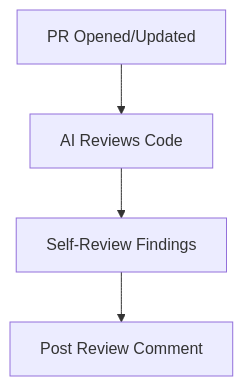
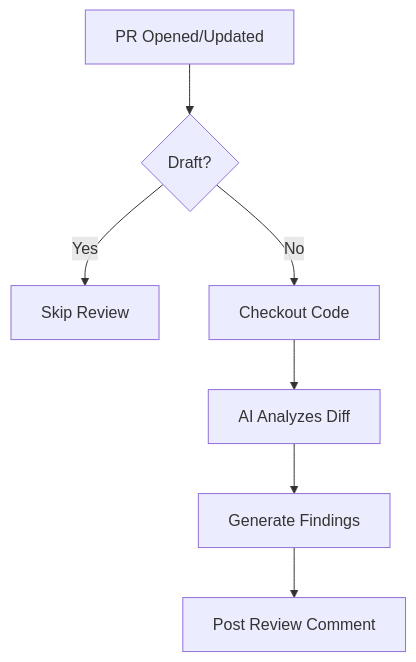
The diagram in docs/patterns/pr-auto-review.md (ambient-code/reference), drawn with Mermaid before and after one commit. The commit also changed other lines of this file and 8 other files, not shown here.

````diff
--- a/docs/patterns/pr-auto-review.md
+++ b/docs/patterns/pr-auto-review.md
@@ -23,6 +52,9 @@
 ```mermaid
 flowchart TD
-    A[PR Opened/Updated] --> B[AI Reviews Code]
-    B --> C[Self-Review Findings]
-    C --> D[Post Review Comment]
+    A[PR Opened/Updated] --> B{Draft?}
+    B -->|Yes| C[Skip Review]
+    B -->|No| D[Checkout Code]
+    D --> E[AI Analyzes Diff]
+    E --> F[Generate Findings]
+    F --> G[Post Review Comment]
 ```
````
